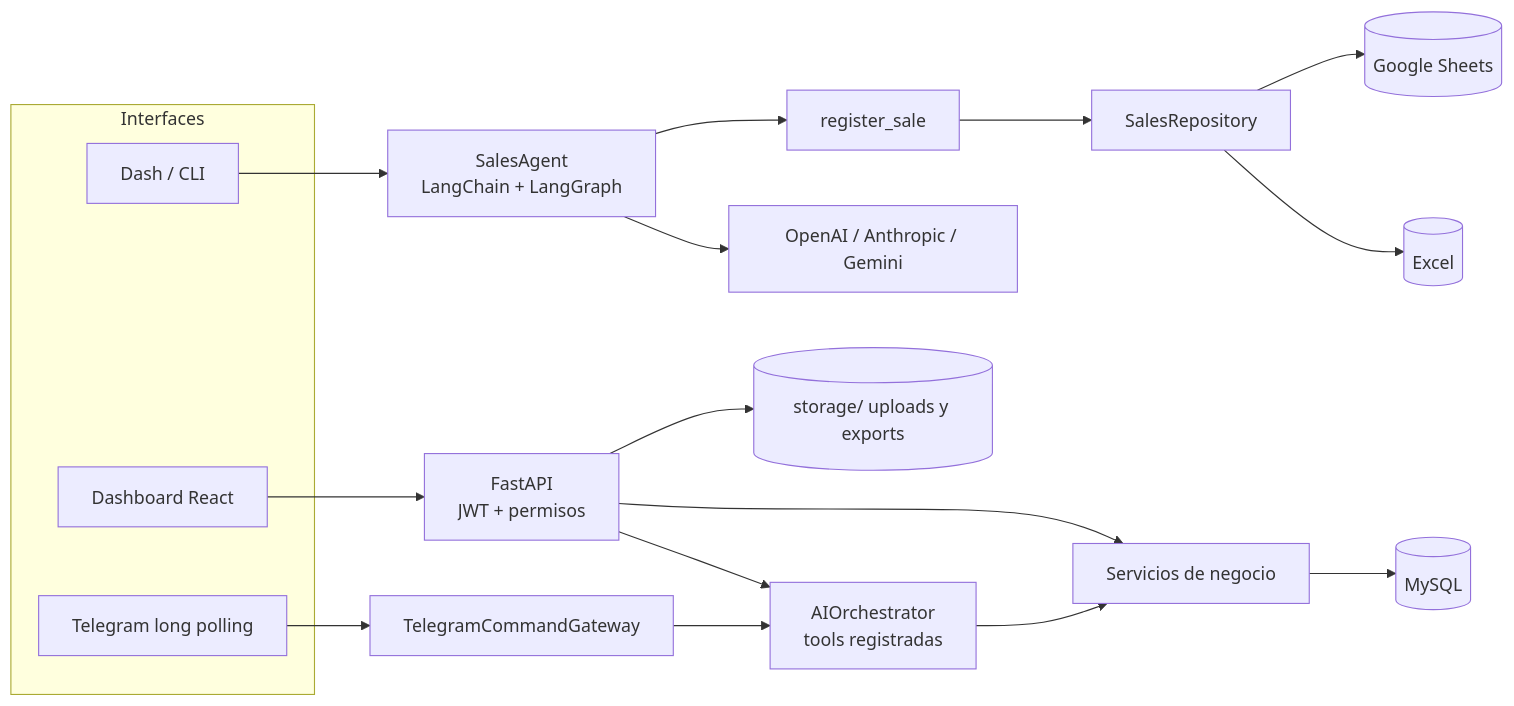
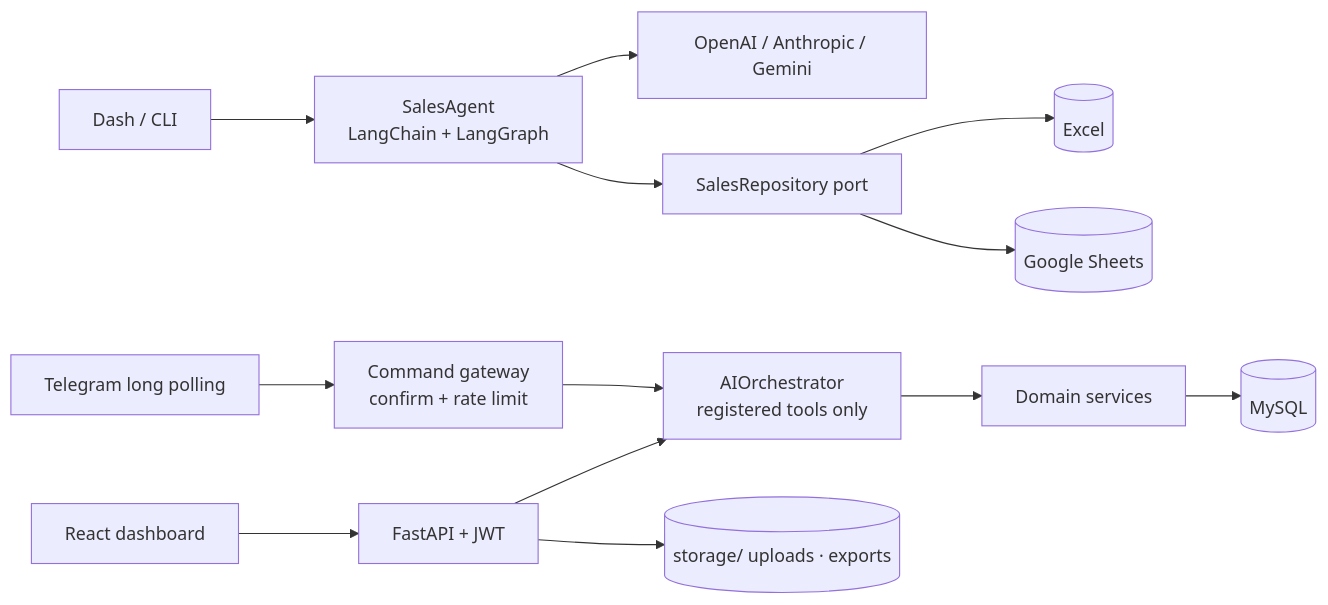
The diagram in README.md (FerS00/OPERATIX), drawn with Mermaid before and after one commit. The commit also changed other lines of this file and 1 other file, not shown here.

````diff
--- a/README.md
+++ b/README.md
@@ -44,24 +29,15 @@
 ```mermaid
 flowchart LR
-    subgraph Interfaces
-        DASH[Dash / CLI]
-        WEB[Dashboard React]
-        TG[Telegram long polling]
-    end
-
-    DASH --> AGENT[SalesAgent<br/>LangChain + LangGraph]
+    DASH[Dash / CLI] --> AGENT[SalesAgent<br/>LangChain + LangGraph]
     AGENT --> LLM[OpenAI / Anthropic / Gemini]
-    AGENT --> TOOL[register_sale]
-    TOOL --> REPO[SalesRepository]
+    AGENT --> REPO[SalesRepository port]
     REPO --> XLSX[(Excel)]
     REPO --> GS[(Google Sheets)]
-
-    WEB --> API[FastAPI<br/>JWT + permisos]
-    TG --> GW[TelegramCommandGateway]
-    GW --> ORCH[AIOrchestrator<br/>tools registradas]
-    API --> ORCH
-    API --> SVC[Servicios de negocio]
-    ORCH --> SVC
+    WEB[React dashboard] --> API[FastAPI + JWT]
+    TG[Telegram long polling] --> GW[Command gateway<br/>confirm + rate limit]
+    API --> ORCH[AIOrchestrator<br/>registered tools only]
+    GW --> ORCH
+    ORCH --> SVC[Domain services]
     SVC --> DB[(MySQL)]
-    API --> FS[(storage/ uploads y exports)]
+    API --> FS[(storage/ uploads · exports)]
 ```
````
